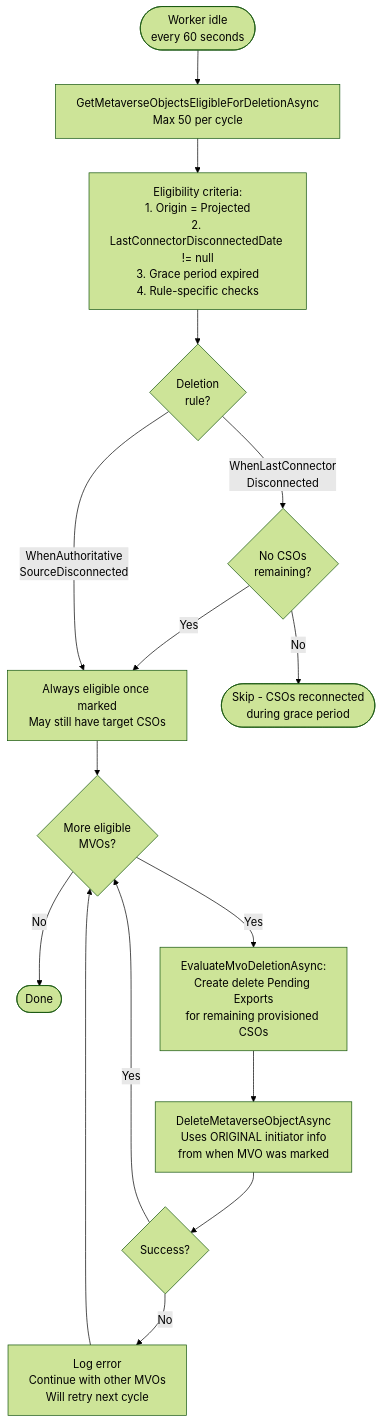
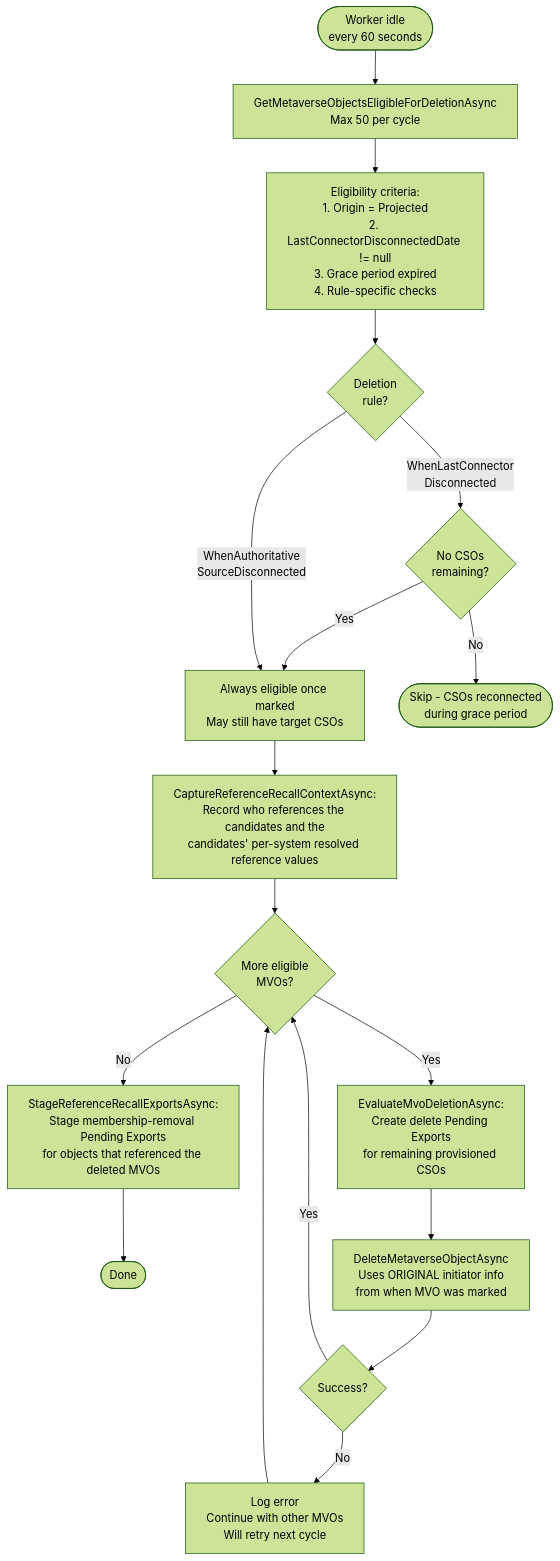
The fifth of 6 diagrams in docs/developer/diagrams/MVO_DELETION_AND_GRACE_PERIOD.md (TetronIO/JIM), drawn with Mermaid (forest theme) before and after one commit. The commit also changed other lines of this file and 18 other files, not shown here.

````diff
--- a/docs/developer/diagrams/MVO_DELETION_AND_GRACE_PERIOD.md
+++ b/docs/developer/diagrams/MVO_DELETION_AND_GRACE_PERIOD.md
@@ -95,23 +97,25 @@
 ```mermaid
 flowchart TD
     Idle([Worker idle<br/>every 60 seconds]) --> Query[GetMetaverseObjectsEligibleForDeletionAsync<br/>Max 50 per cycle]
 
     Query --> Criteria[Eligibility criteria:<br/>1. Origin = Projected<br/>2. LastConnectorDisconnectedDate != null<br/>3. Grace period expired<br/>4. Rule-specific checks]
     Criteria --> RuleCheck{Deletion<br/>rule?}
 
     RuleCheck -->|WhenLastConnector<br/>Disconnected| NoCSOs{No CSOs<br/>remaining?}
     NoCSOs -->|Yes| Eligible
     NoCSOs -->|No| NotEligible([Skip - CSOs reconnected<br/>during grace period])
 
     RuleCheck -->|WhenAuthoritative<br/>SourceDisconnected| Eligible[Always eligible once marked<br/>May still have target CSOs]
 
-    Eligible --> Loop{More eligible<br/>MVOs?}
-    Loop -->|No| Done([Done])
+    Eligible --> Capture[CaptureReferenceRecallContextAsync:<br/>Record who references the candidates and the<br/>candidates' per-system resolved reference values]
+    Capture --> Loop{More eligible<br/>MVOs?}
+    Loop -->|No| Recall[StageReferenceRecallExportsAsync:<br/>Stage membership-removal Pending Exports<br/>for objects that referenced the deleted MVOs]
+    Recall --> Done([Done])
 
     Loop -->|Yes| EvalExports[EvaluateMvoDeletionAsync:<br/>Create delete Pending Exports<br/>for remaining provisioned CSOs]
     EvalExports --> DeleteMVO[DeleteMetaverseObjectAsync<br/>Uses ORIGINAL initiator info<br/>from when MVO was marked]
     DeleteMVO --> Result{Success?}
     Result -->|Yes| Loop
     Result -->|No| LogError[Log error<br/>Continue with other MVOs<br/>Will retry next cycle]
     LogError --> Loop
 ```
````
